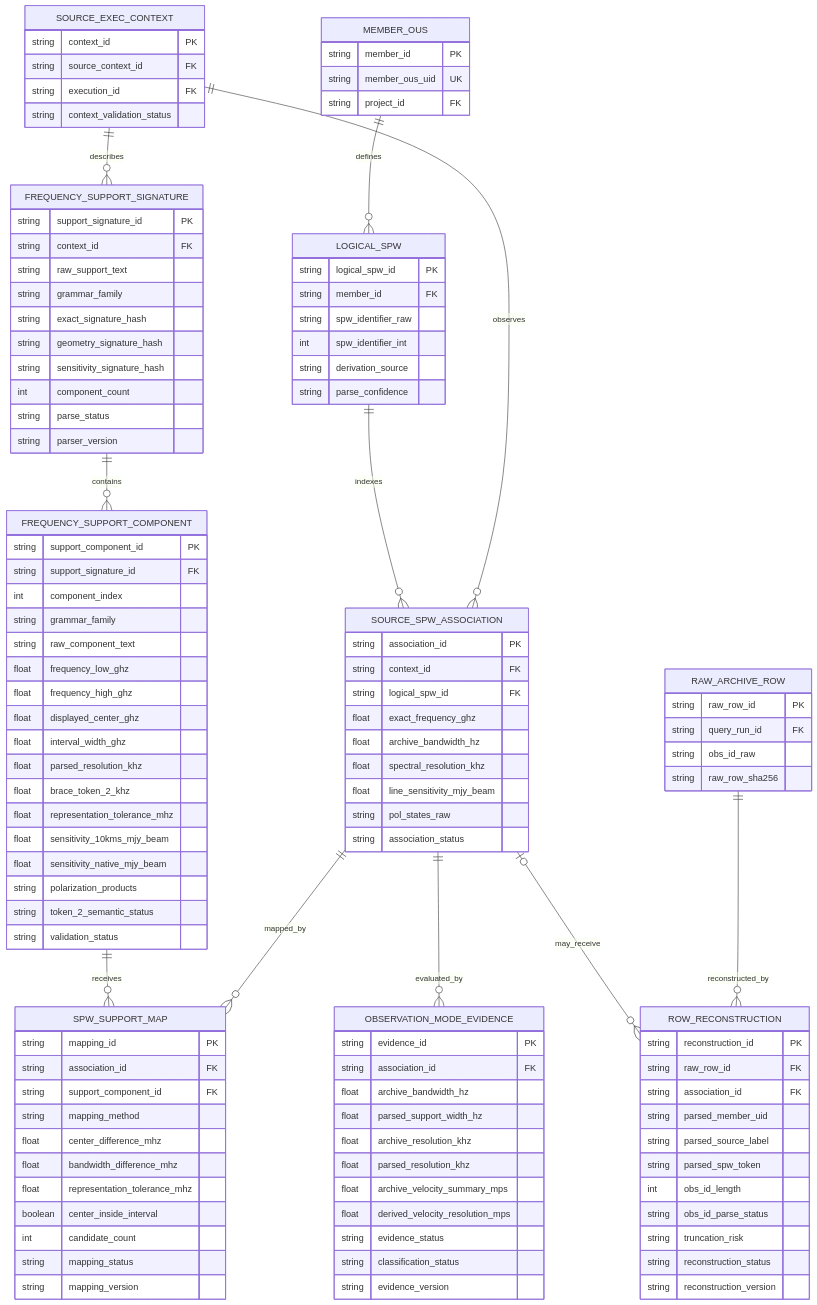
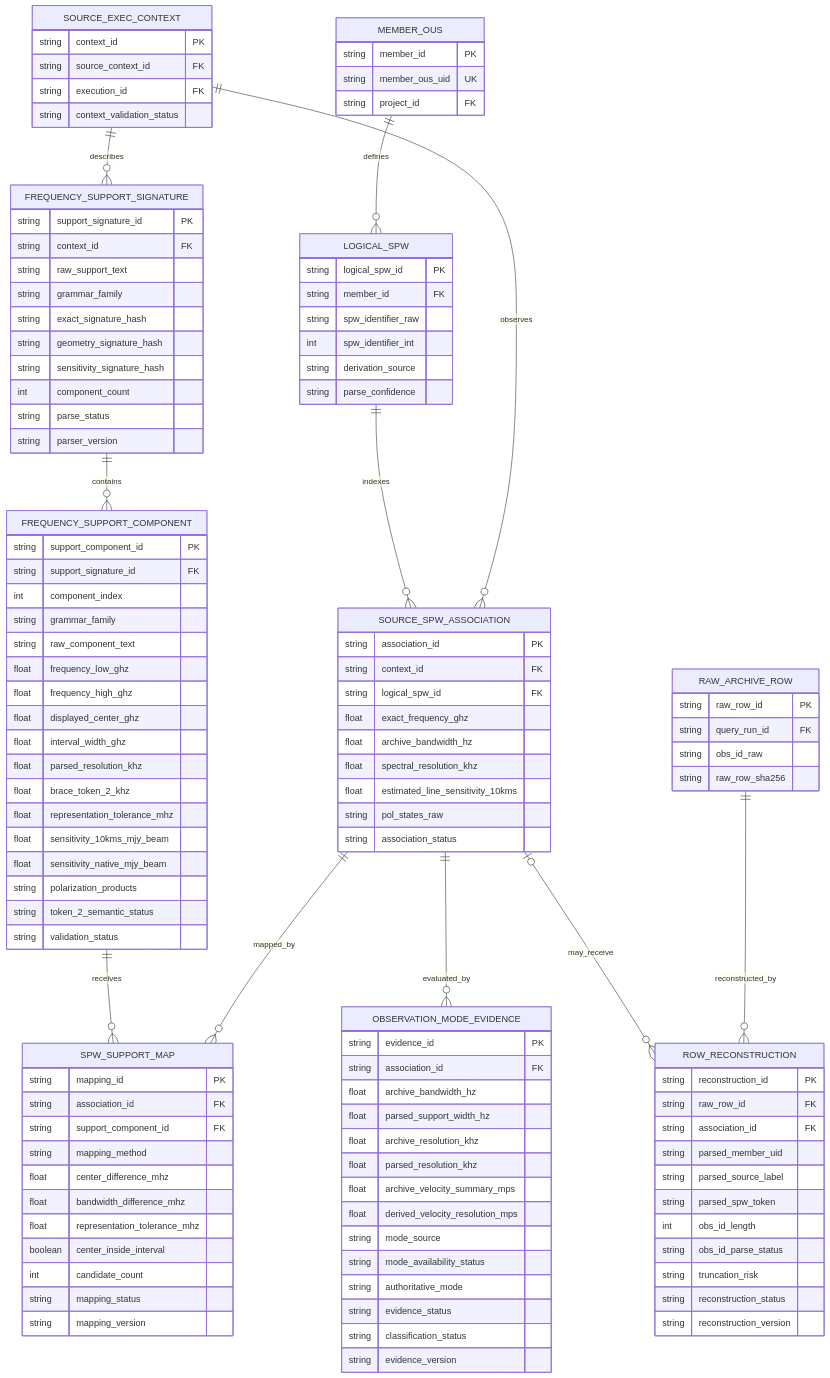
The fourth of 4 diagrams in docs/data_model.md (skycharon2/alma-duplication-tool), drawn with Mermaid before and after one commit. The commit also changed other lines of this file and 1 other file, not shown here.

```diff
--- a/docs/data_model.md
+++ b/docs/data_model.md
@@ -323,7 +344,7 @@
         float exact_frequency_ghz
         float archive_bandwidth_hz
         float spectral_resolution_khz
-        float line_sensitivity_mjy_beam
+        float estimated_line_sensitivity_10kms
         string pol_states_raw
         string association_status
     }
@@ -405,6 +426,9 @@
         float parsed_resolution_khz
         float archive_velocity_summary_mps
         float derived_velocity_resolution_mps
+        string mode_source
+        string mode_availability_status
+        string authoritative_mode
         string evidence_status
         string classification_status
         string evidence_version
```
